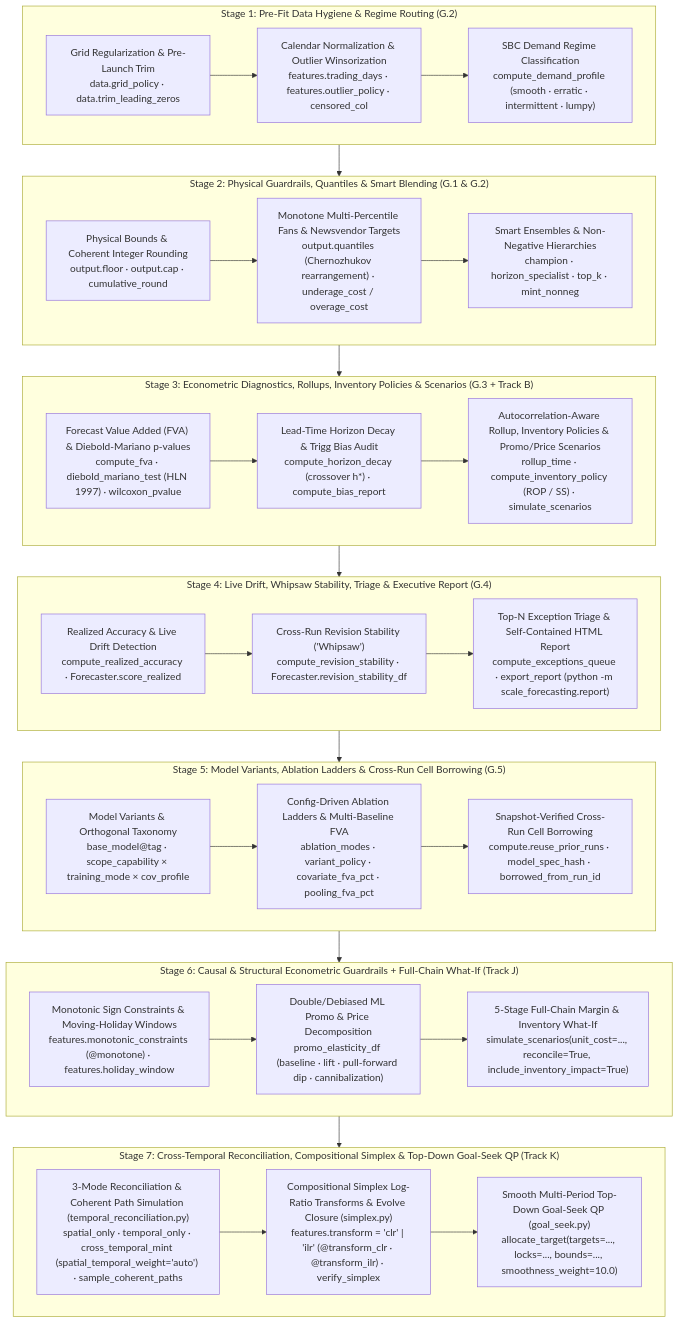
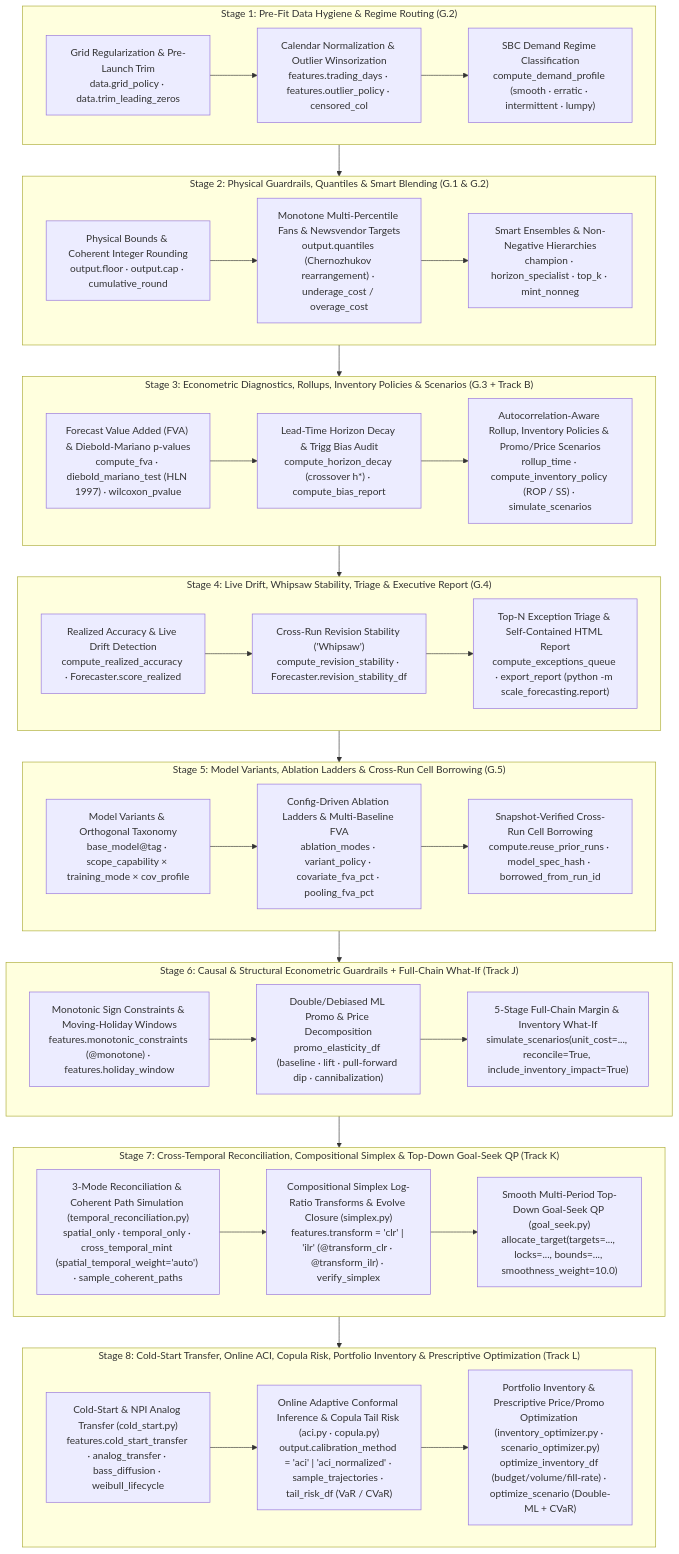
The first of 4 diagrams in docs/forecaster_workbench.md (statmike/scale-forecasting), drawn with Mermaid before and after one commit. The commit also changed other lines of this file and 40 other files, not shown here.

````diff
--- a/docs/forecaster_workbench.md
+++ b/docs/forecaster_workbench.md
@@ -5,53 +5,60 @@
 ```mermaid
 flowchart TD
     subgraph S1["Stage 1: Pre-Fit Data Hygiene & Regime Routing (G.2)"]
         H1["Grid Regularization & Pre-Launch Trim<br/>data.grid_policy · data.trim_leading_zeros"]
         H2["Calendar Normalization & Outlier Winsorization<br/>features.trading_days · features.outlier_policy · censored_col"]
         H3["SBC Demand Regime Classification<br/>compute_demand_profile (smooth · erratic · intermittent · lumpy)"]
         H1 --> H2 --> H3
     end
 
     subgraph S2["Stage 2: Physical Guardrails, Quantiles & Smart Blending (G.1 & G.2)"]
         B1["Physical Bounds & Coherent Integer Rounding<br/>output.floor · output.cap · cumulative_round"]
         B2["Monotone Multi-Percentile Fans & Newsvendor Targets<br/>output.quantiles (Chernozhukov rearrangement) · underage_cost / overage_cost"]
         B3["Smart Ensembles & Non-Negative Hierarchies<br/>champion · horizon_specialist · top_k · mint_nonneg"]
         B1 --> B2 --> B3
     end
 
     subgraph S3["Stage 3: Econometric Diagnostics, Rollups, Inventory Policies & Scenarios (G.3 + Track B)"]
         D1["Forecast Value Added (FVA) & Diebold-Mariano p-values<br/>compute_fva · diebold_mariano_test (HLN 1997) · wilcoxon_pvalue"]
         D2["Lead-Time Horizon Decay & Trigg Bias Audit<br/>compute_horizon_decay (crossover h*) · compute_bias_report"]
         D3["Autocorrelation-Aware Rollup, Inventory Policies & Promo/Price Scenarios<br/>rollup_time · compute_inventory_policy (ROP / SS) · simulate_scenarios"]
         D1 --> D2 --> D3
     end
 
     subgraph S4["Stage 4: Live Drift, Whipsaw Stability, Triage & Executive Report (G.4)"]
         L1["Realized Accuracy & Live Drift Detection<br/>compute_realized_accuracy · Forecaster.score_realized"]
         L2["Cross-Run Revision Stability ('Whipsaw')<br/>compute_revision_stability · Forecaster.revision_stability_df"]
         L3["Top-N Exception Triage & Self-Contained HTML Report<br/>compute_exceptions_queue · export_report (python -m scale_forecasting.report)"]
         L1 --> L2 --> L3
     end
 
     subgraph S5["Stage 5: Model Variants, Ablation Ladders & Cross-Run Cell Borrowing (G.5)"]
         V1["Model Variants & Orthogonal Taxonomy<br/>base_model@tag · scope_capability × training_mode × cov_profile"]
         V2["Config-Driven Ablation Ladders & Multi-Baseline FVA<br/>ablation_modes · variant_policy · covariate_fva_pct · pooling_fva_pct"]
         V3["Snapshot-Verified Cross-Run Cell Borrowing<br/>compute.reuse_prior_runs · model_spec_hash · borrowed_from_run_id"]
         V1 --> V2 --> V3
     end
 
     subgraph S6["Stage 6: Causal & Structural Econometric Guardrails + Full-Chain What-If (Track J)"]
         J1["Monotonic Sign Constraints & Moving-Holiday Windows<br/>features.monotonic_constraints (@monotone) · features.holiday_window"]
         J2["Double/Debiased ML Promo & Price Decomposition<br/>promo_elasticity_df (baseline · lift · pull-forward dip · cannibalization)"]
         J3["5-Stage Full-Chain Margin & Inventory What-If<br/>simulate_scenarios(unit_cost=..., reconcile=True, include_inventory_impact=True)"]
         J1 --> J2 --> J3
     end
 
     subgraph S7["Stage 7: Cross-Temporal Reconciliation, Compositional Simplex & Top-Down Goal-Seek QP (Track K)"]
         K1["3-Mode Reconciliation & Coherent Path Simulation (temporal_reconciliation.py)<br/>spatial_only · temporal_only · cross_temporal_mint (spatial_temporal_weight='auto') · sample_coherent_paths"]
         K2["Compositional Simplex Log-Ratio Transforms & Evolve Closure (simplex.py)<br/>features.transform = 'clr' | 'ilr' (@transform_clr · @transform_ilr) · verify_simplex"]
         K3["Smooth Multi-Period Top-Down Goal-Seek QP (goal_seek.py)<br/>allocate_target(targets=..., locks=..., bounds=..., smoothness_weight=10.0)"]
         K1 --> K2 --> K3
     end
 
-    S1 --> S2 --> S3 --> S4 --> S5 --> S6 --> S7
+    subgraph S8["Stage 8: Cold-Start Transfer, Online ACI, Copula Risk, Portfolio Inventory & Prescriptive Optimization (Track L)"]
+        M1["Cold-Start & NPI Analog Transfer (cold_start.py)<br/>features.cold_start_transfer · analog_transfer · bass_diffusion · weibull_lifecycle"]
+        M2["Online Adaptive Conformal Inference & Copula Tail Risk (aci.py · copula.py)<br/>output.calibration_method = 'aci' | 'aci_normalized' · sample_trajectories · tail_risk_df (VaR / CVaR)"]
+        M3["Portfolio Inventory & Prescriptive Price/Promo Optimization (inventory_optimizer.py · scenario_optimizer.py)<br/>optimize_inventory_df (budget/volume/fill-rate) · optimize_scenario (Double-ML + CVaR)"]
+        M1 --> M2 --> M3
+    end
+
+    S1 --> S2 --> S3 --> S4 --> S5 --> S6 --> S7 --> S8
 ```
````
